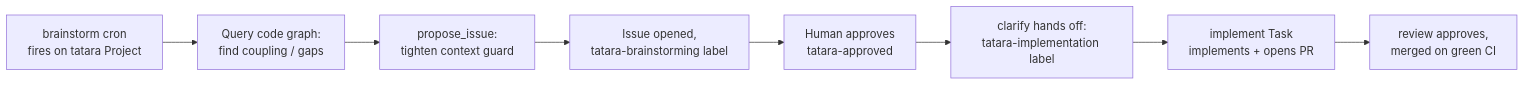
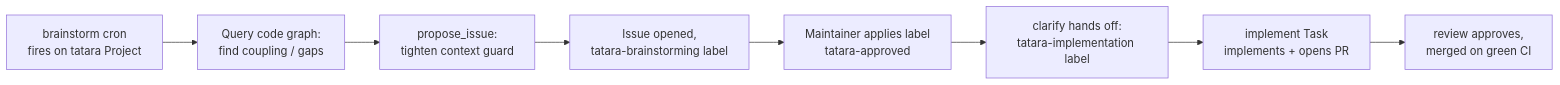
Before and after one commit to szymonrychu/tatara-documentation: the first of 2 diagrams in docs/concepts/self-improvement.md, drawn with Mermaid. The commit also changed other lines of this file and 17 other files, not shown here.

````diff
--- a/docs/concepts/self-improvement.md
+++ b/docs/concepts/self-improvement.md
@@ -65,10 +66,10 @@
 ```mermaid
 flowchart LR
     A[brainstorm cron<br/>fires on tatara Project] --> B[Query code graph:<br/>find coupling / gaps]
     B --> C[propose_issue:<br/>tighten context guard]
     C --> D[Issue opened,<br/>tatara-brainstorming label]
-    D --> E[Human approves<br/>tatara-approved]
+    D --> E[Maintainer applies label<br/>tatara-approved]
     E --> F[clarify hands off:<br/>tatara-implementation label]
     F --> G[implement Task<br/>implements + opens PR]
     G --> H[review approves,<br/>merged on green CI]
 ```
````
